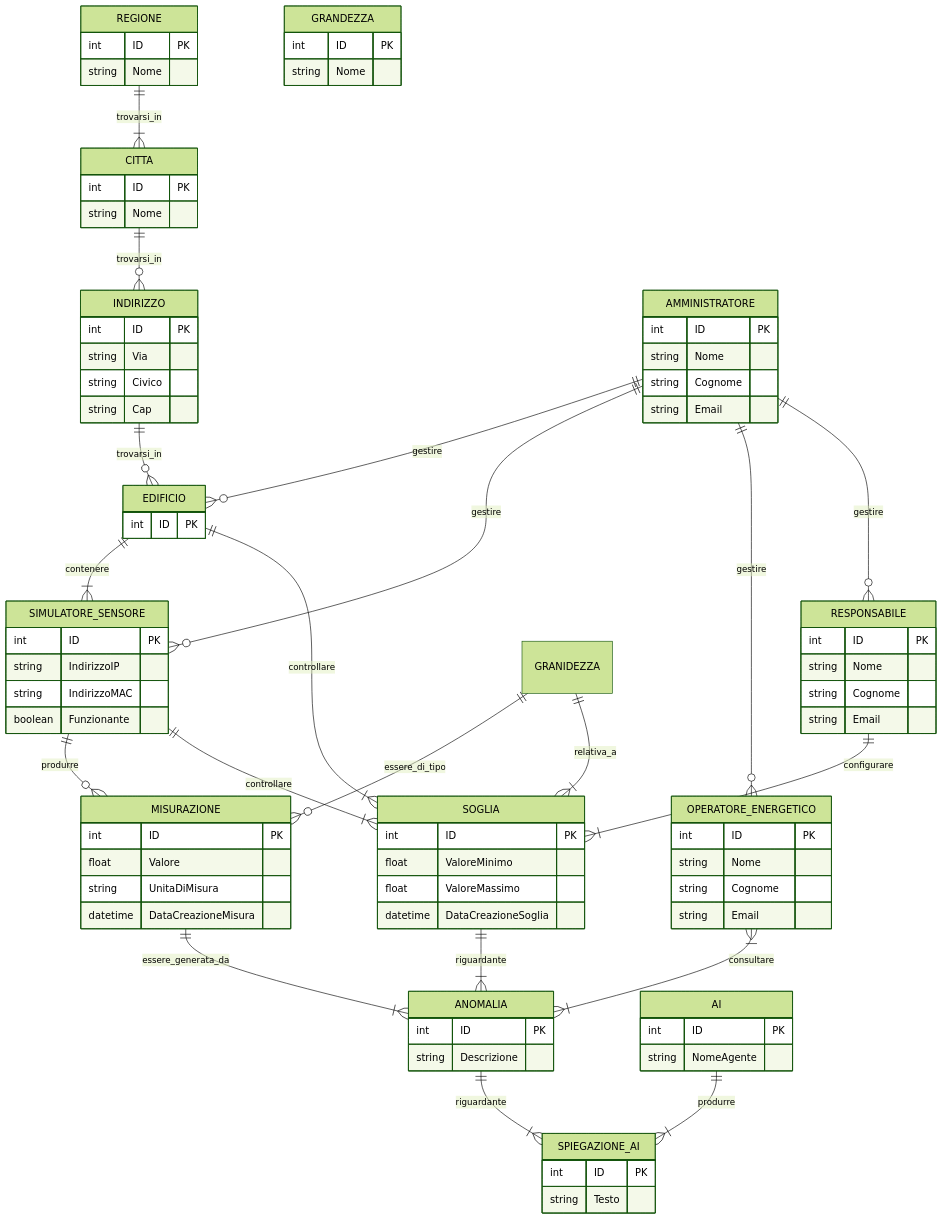
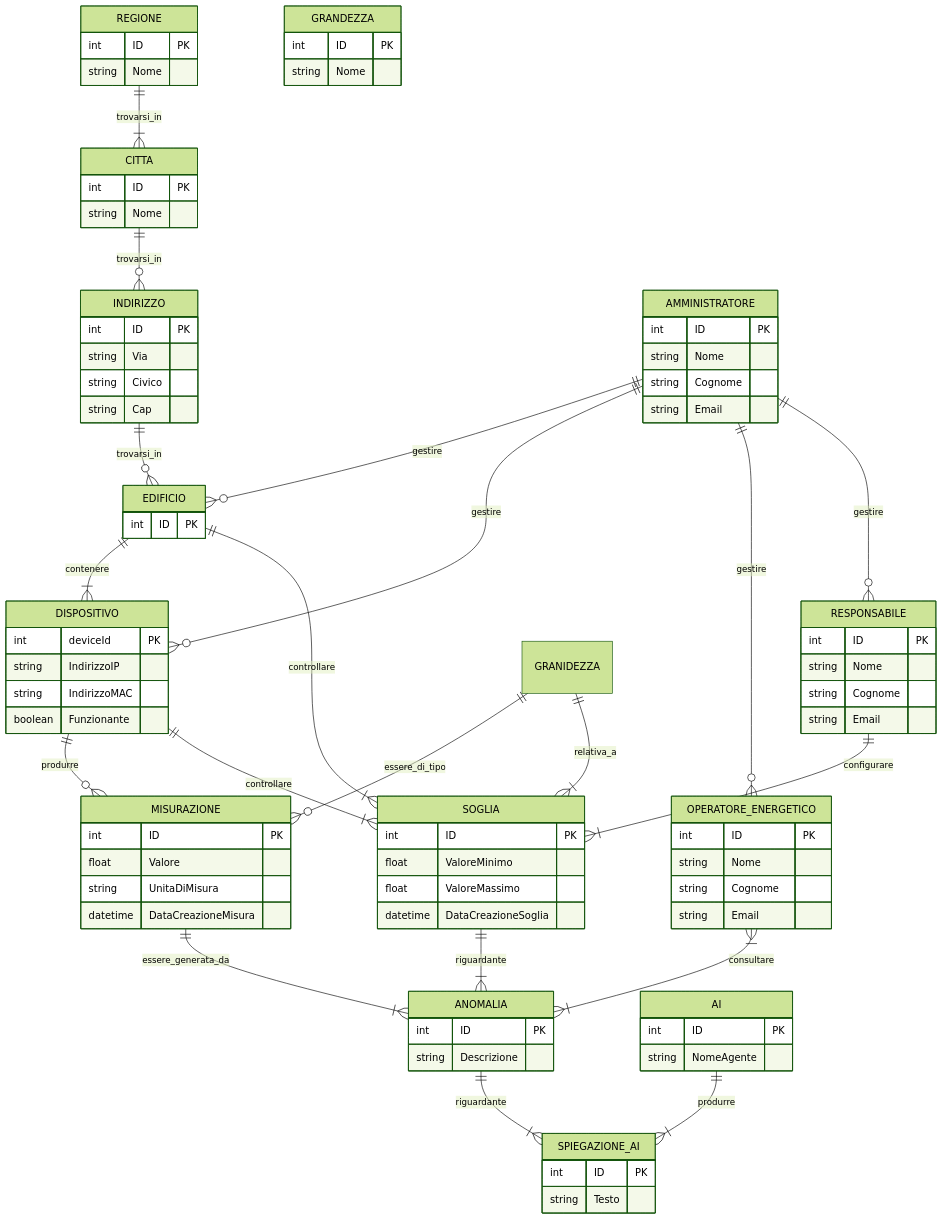
The diagram in docs/data-model.md (RickdoMasco/EnergyMonitor_UF14), drawn with Mermaid (forest theme) before and after one commit. The commit also changed other lines of this file and 7 other files, not shown here.

```diff
--- a/docs/data-model.md
+++ b/docs/data-model.md
@@ -228,8 +208,8 @@
         int ID PK
     }
 
-    SIMULATORE_SENSORE {
-        int ID PK
+    DISPOSITIVO {
+        int deviceId PK
         string IndirizzoIP
         string IndirizzoMAC
         boolean Funzionante
@@ -294,23 +274,23 @@
     REGIONE ||--|{ CITTA : "trovarsi_in"
     CITTA ||--o{ INDIRIZZO : "trovarsi_in"
     INDIRIZZO ||--o{ EDIFICIO : "trovarsi_in"
-    EDIFICIO ||--|{ SIMULATORE_SENSORE : "contenere"
+    EDIFICIO ||--|{ DISPOSITIVO : "contenere"
 
     %% Relazioni Amministratore (Gestione)
     AMMINISTRATORE ||--o{ EDIFICIO : "gestire"
-    AMMINISTRATORE ||--o{ SIMULATORE_SENSORE : "gestire"
+    AMMINISTRATORE ||--o{ DISPOSITIVO : "gestire"
     AMMINISTRATORE ||--o{ OPERATORE_ENERGETICO : "gestire"
     AMMINISTRATORE ||--o{ RESPONSABILE : "gestire"
 
     %% Relazioni Misure e Grandezze
-    SIMULATORE_SENSORE ||--o{ MISURAZIONE : "produrre"
+    DISPOSITIVO ||--o{ MISURAZIONE : "produrre"
     GRANIDEZZA ||--o{ MISURAZIONE : "essere_di_tipo"
 
     %% Relazioni Soglie e Controlli
     GRANIDEZZA ||--|{ SOGLIA : "relativa_a"
     RESPONSABILE ||--|{ SOGLIA : "configurare"
     EDIFICIO ||--|{ SOGLIA : "controllare"
-    SIMULATORE_SENSORE ||--|{ SOGLIA : "controllare"
+    DISPOSITIVO ||--|{ SOGLIA : "controllare"
 
     %% Relazioni Anomalie e Consultazione
     MISURAZIONE ||--|{ ANOMALIA : "essere_generata_da"
```
